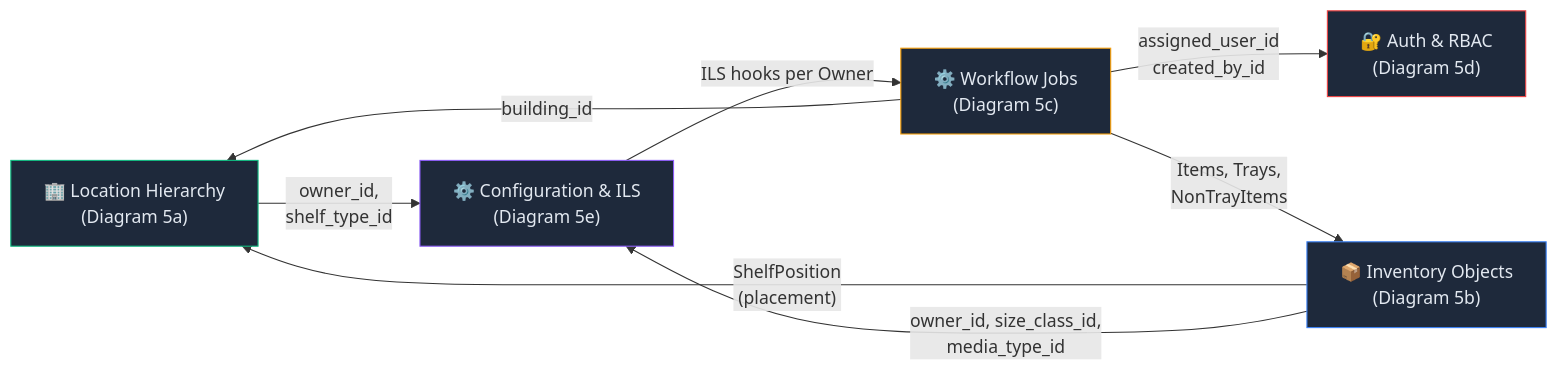
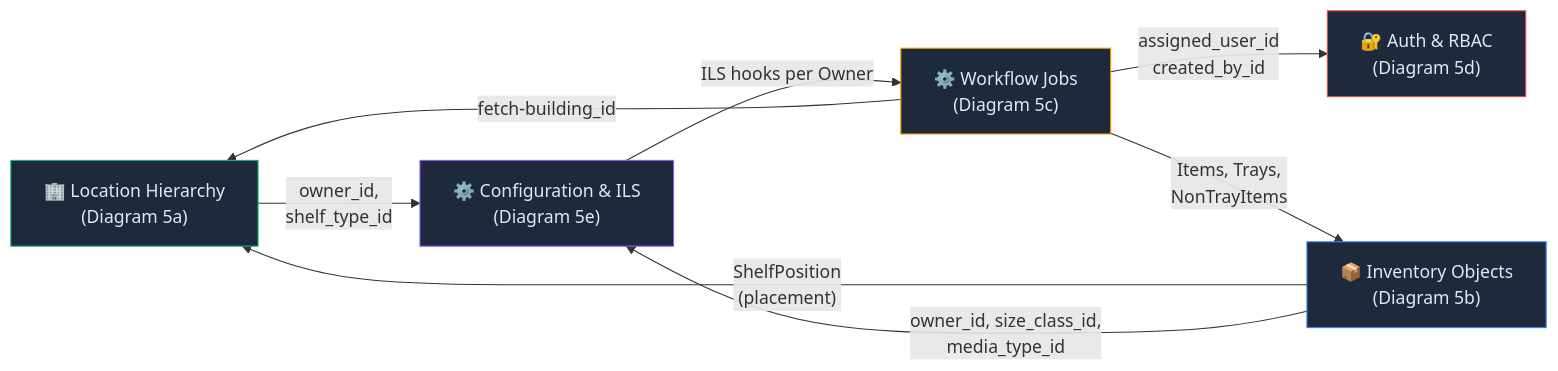
Diagram 11 of 11 in ARCHITECTURE.md (martymar3200/FETCH2), drawn with Mermaid before and after one commit. The commit also changed other lines of this file and 963 other files, not shown here.

````diff
--- a/ARCHITECTURE.md
+++ b/ARCHITECTURE.md
@@ -866,22 +866,22 @@
 ```mermaid
 graph LR
     LOC["🏢 Location Hierarchy<br/>(Diagram 5a)"]
     INV["📦 Inventory Objects<br/>(Diagram 5b)"]
     JOB["⚙️ Workflow Jobs<br/>(Diagram 5c)"]
     RBAC["🔐 Auth & RBAC<br/>(Diagram 5d)"]
     CFG["⚙️ Configuration & ILS<br/>(Diagram 5e)"]
 
     INV -->|"ShelfPosition<br/>(placement)"| LOC
     JOB -->|"assigned_user_id<br/>created_by_id"| RBAC
     JOB -->|"Items, Trays,<br/>NonTrayItems"| INV
-    JOB -->|"building_id"| LOC
+    JOB -->|"fetch-building_id"| LOC
     INV -->|"owner_id, size_class_id,<br/>media_type_id"| CFG
     LOC -->|"owner_id,<br/>shelf_type_id"| CFG
     CFG -->|"ILS hooks per Owner"| JOB
 
     style LOC fill:#1e293b,stroke:#10b981,color:#e2e8f0
     style INV fill:#1e293b,stroke:#3b82f6,color:#e2e8f0
     style JOB fill:#1e293b,stroke:#f59e0b,color:#e2e8f0
     style RBAC fill:#1e293b,stroke:#ef4444,color:#e2e8f0
     style CFG fill:#1e293b,stroke:#8b5cf6,color:#e2e8f0
 ```
````
